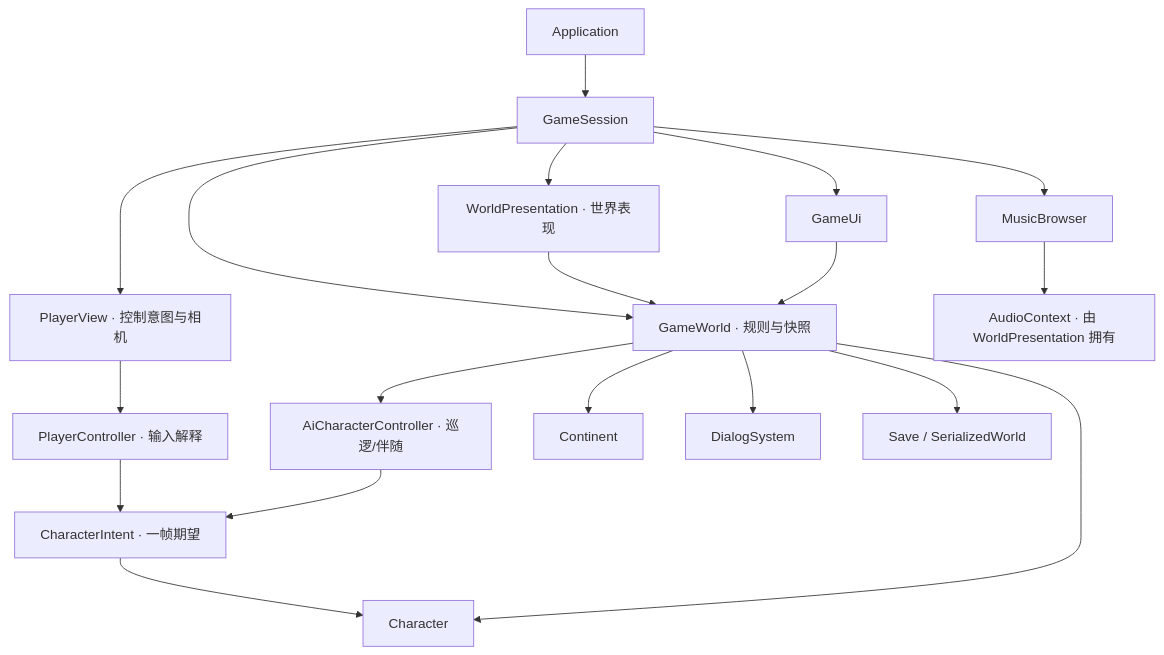
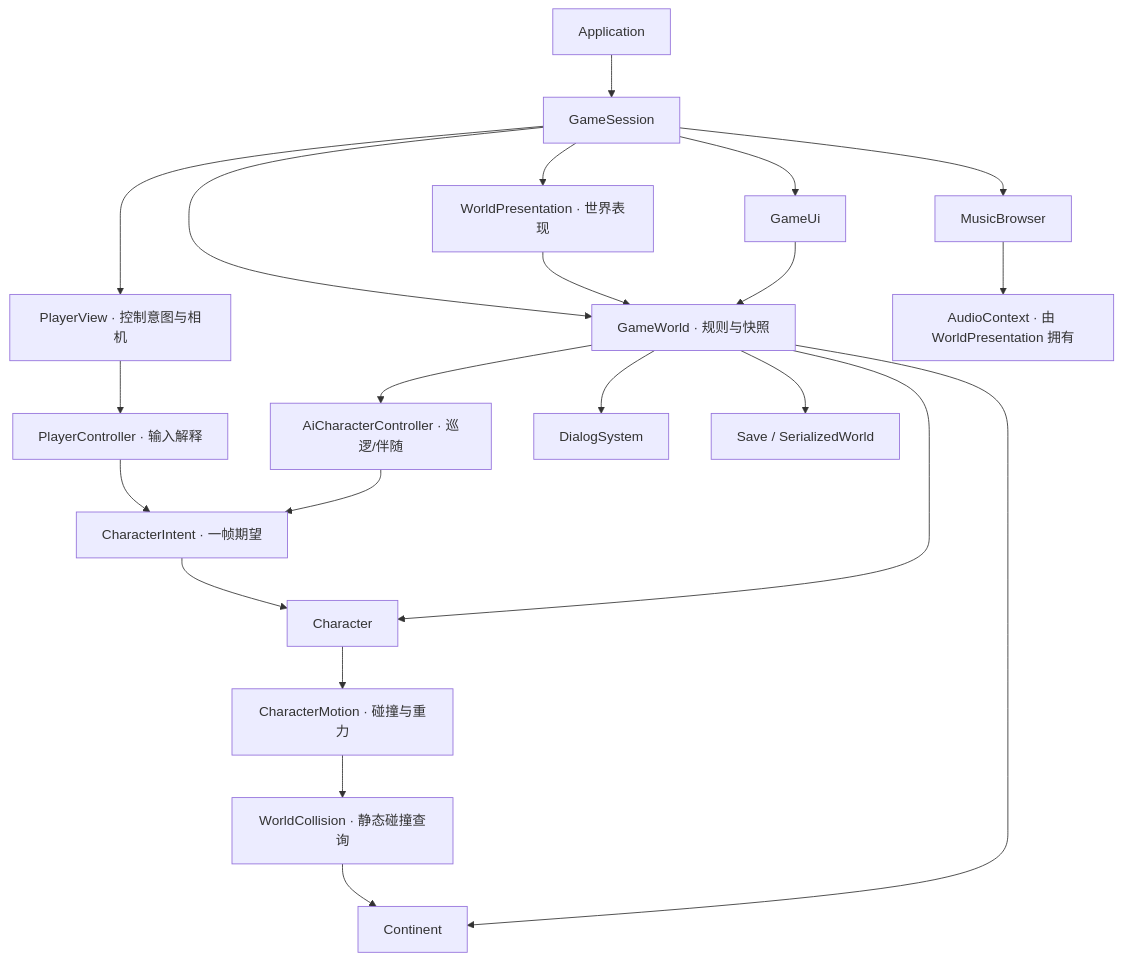
The second of 3 diagrams in docs/module-dependencies.md (ShelpAm/lc1), drawn with Mermaid before and after one commit. The commit also changed other lines of this file and 71 other files, not shown here.

````diff
--- a/docs/module-dependencies.md
+++ b/docs/module-dependencies.md
@@ -22,21 +22,24 @@
 ```mermaid
 flowchart TD
     app[Application] --> session[GameSession]
     session --> world["GameWorld · 规则与快照"]
     session --> view["WorldPresentation · 世界表现"]
     session --> player["PlayerView · 控制意图与相机"]
     session --> ui[GameUi]
     session --> music[MusicBrowser]
     view --> world
     ui --> world
     player --> controller["PlayerController · 输入解释"]
     controller --> intent["CharacterIntent · 一帧期望"]
     ai["AiCharacterController · 巡逻/伴随"] --> intent
     intent --> character[Character]
     world --> ai
     world --> character
+    character --> motion["CharacterMotion · 碰撞与重力"]
+    motion --> collision["WorldCollision · 静态碰撞查询"]
+    collision --> continent
     world --> continent[Continent]
     world --> dialog[DialogSystem]
     world --> save["Save / SerializedWorld"]
     music --> audio["AudioContext · 由 WorldPresentation 拥有"]
 ```
````
